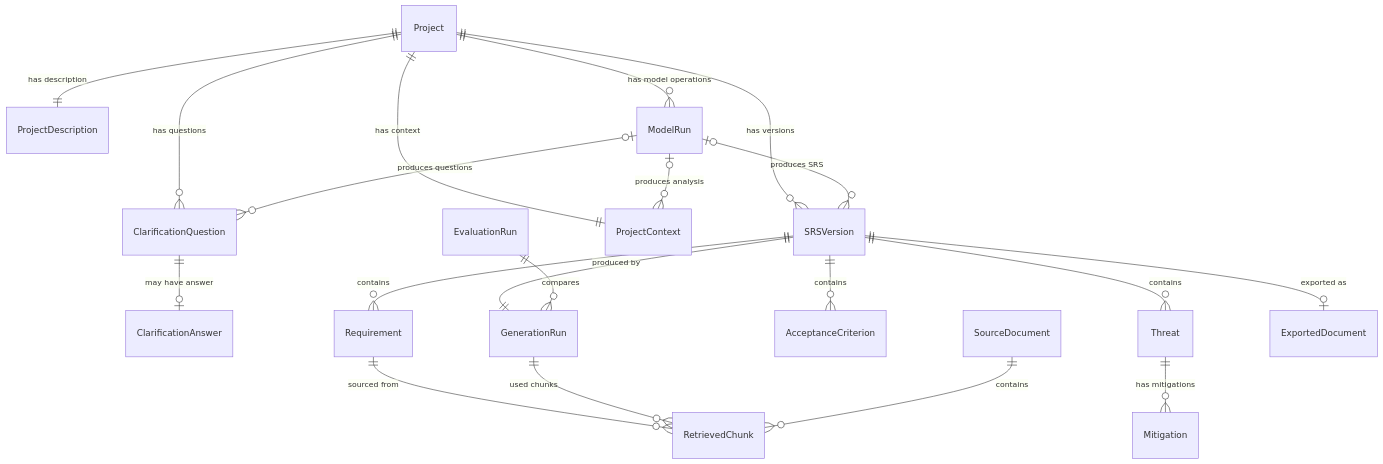
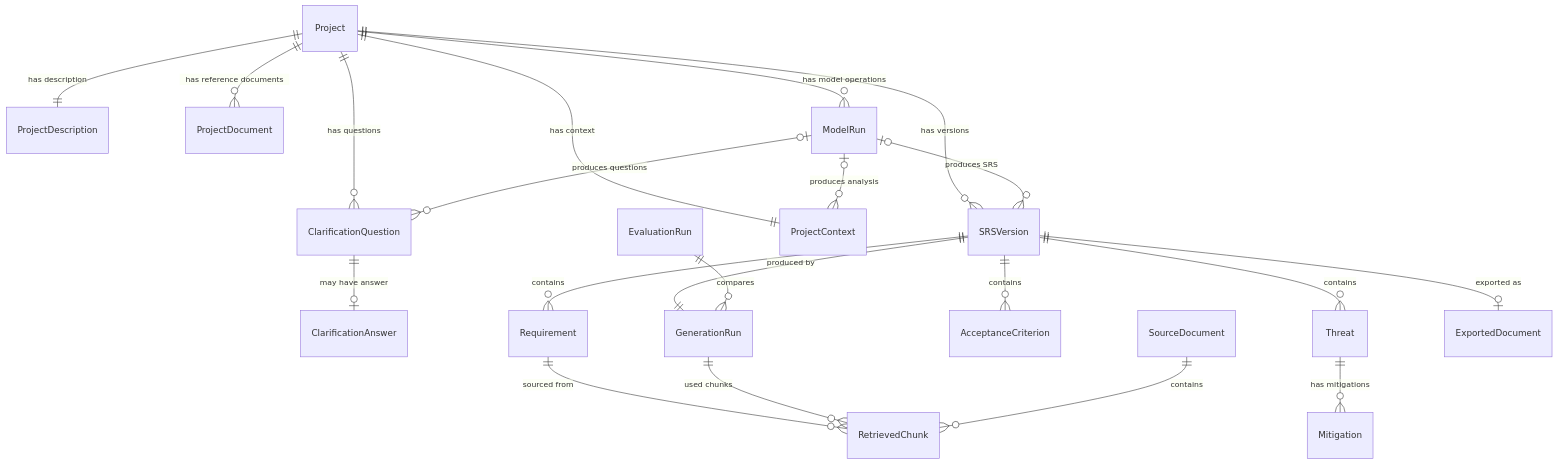
Before and after one commit to yoman12357/Software_Engineering_Project: the diagram in docs/DATA_MODEL.md, drawn with Mermaid. The commit also changed other lines of this file and 99 other files, not shown here.

````diff
--- a/docs/DATA_MODEL.md
+++ b/docs/DATA_MODEL.md
@@ -11,22 +23,23 @@
 ```mermaid
 erDiagram
     Project ||--o{ SRSVersion : "has versions"
     Project ||--|| ProjectDescription : "has description"
     Project ||--o{ ClarificationQuestion : "has questions"
     Project ||--|| ProjectContext : "has context"
+    Project ||--o{ ProjectDocument : "has reference documents"
     ClarificationQuestion ||--o| ClarificationAnswer : "may have answer"
     SRSVersion ||--o{ Requirement : "contains"
     SRSVersion ||--o{ Threat : "contains"
     SRSVersion ||--o{ AcceptanceCriterion : "contains"
     Threat ||--o{ Mitigation : "has mitigations"
     Requirement ||--o{ RetrievedChunk : "sourced from"
     SRSVersion ||--|| GenerationRun : "produced by"
     Project ||--o{ ModelRun : "has model operations"
     ModelRun o|--o{ ProjectContext : "produces analysis"
     ModelRun o|--o{ ClarificationQuestion : "produces questions"
     ModelRun o|--o{ SRSVersion : "produces SRS"
     GenerationRun ||--o{ RetrievedChunk : "used chunks"
     SourceDocument ||--o{ RetrievedChunk : "contains"
     EvaluationRun ||--o{ GenerationRun : "compares"
     SRSVersion ||--o| ExportedDocument : "exported as"
 ```
````
